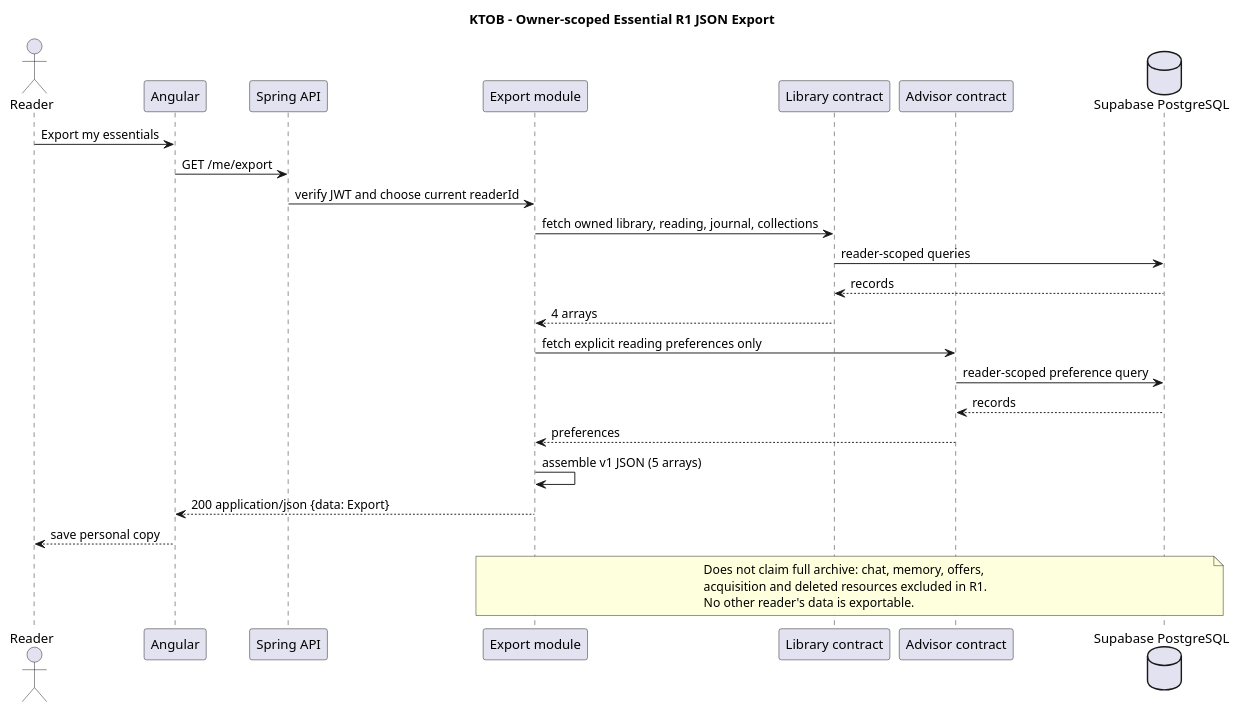
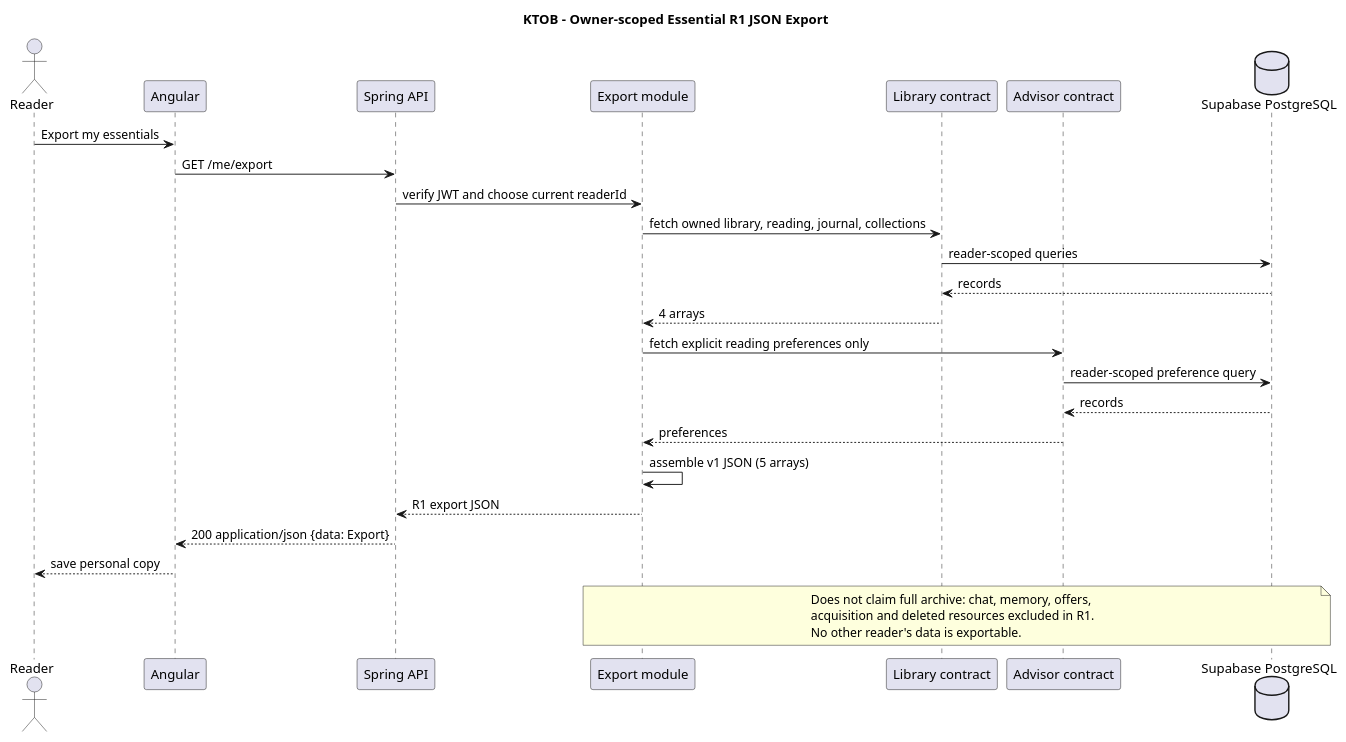
The diagram in docs/uml/12-sequence-export.puml (Adam-BArbia/ktob-literary-companion), drawn with PlantUML before and after one commit. The commit also changed 6 other files, not shown here.

Commit message:
docs(uml): route all responses through API and harden real SVG validation

```diff
--- a/docs/uml/12-sequence-export.puml
+++ b/docs/uml/12-sequence-export.puml
@@ -1,29 +1,30 @@
 @startuml KTOB_12_sequence_export
 title KTOB - Owner-scoped Essential R1 JSON Export
 actor Reader
 participant "Angular" as UI
 participant "Spring API" as API
 participant "Export module" as Export
 participant "Library contract" as Library
 participant "Advisor contract" as Advisor
 database "Supabase PostgreSQL" as DB
 Reader -> UI : Export my essentials
 UI -> API : GET /me/export
 API -> Export : verify JWT and choose current readerId
 Export -> Library : fetch owned library, reading, journal, collections
 Library -> DB : reader-scoped queries
 DB --> Library : records
 Library --> Export : 4 arrays
 Export -> Advisor : fetch explicit reading preferences only
 Advisor -> DB : reader-scoped preference query
 DB --> Advisor : records
 Advisor --> Export : preferences
 Export -> Export : assemble v1 JSON (5 arrays)
-Export --> UI : 200 application/json {data: Export}
+Export --> API : R1 export JSON
+API --> UI : 200 application/json {data: Export}
 UI --> Reader : save personal copy
 note over Export,DB
 Does not claim full archive: chat, memory, offers,
 acquisition and deleted resources excluded in R1.
 No other reader's data is exportable.
 end note
 @enduml
```
